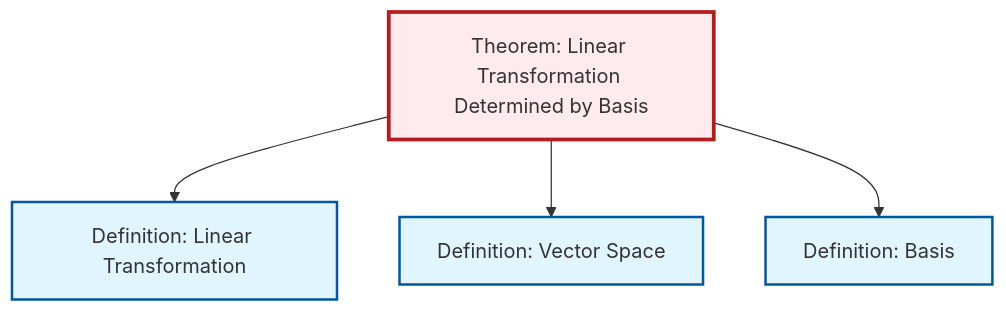
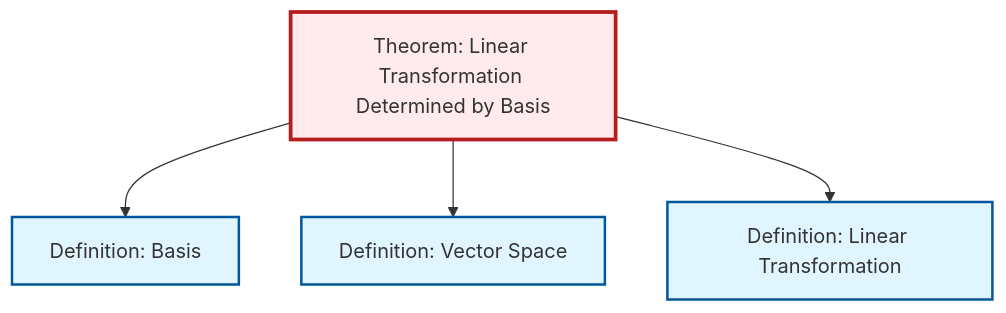
The diagram in content/ja/algebra/thm-linear-transformation-basis.qmd (RK0429/ModernMath), drawn with Mermaid before and after one commit. The commit also changed other lines of this file and 474 other files, not shown here.

````diff
--- a/content/ja/algebra/thm-linear-transformation-basis.qmd
+++ b/content/ja/algebra/thm-linear-transformation-basis.qmd
@@ -48,20 +48,20 @@
 ```{mermaid}
 %%| fig-cap: "Local dependency graph"
 graph TD
     classDef definition fill:#e1f5fe,stroke:#01579b,stroke-width:2px
     classDef theorem fill:#f3e5f5,stroke:#4a148c,stroke-width:2px
     classDef axiom fill:#fff3e0,stroke:#e65100,stroke-width:2px
     classDef example fill:#e8f5e9,stroke:#1b5e20,stroke-width:2px
     classDef current fill:#ffebee,stroke:#b71c1c,stroke-width:3px
     thm-linear-transformation-basis["Theorem: Linear Transformation Determined by Basis"]:::theorem
+    def-vector-space["Definition: Vector Space"]:::definition
     def-basis["Definition: Basis"]:::definition
-    def-vector-space["Definition: Vector Space"]:::definition
     def-linear-transformation["Definition: Linear Transformation"]:::definition
+    thm-linear-transformation-basis --> def-basis
+    thm-linear-transformation-basis --> def-vector-space
     thm-linear-transformation-basis --> def-linear-transformation
-    thm-linear-transformation-basis --> def-vector-space
-    thm-linear-transformation-basis --> def-basis
     class thm-linear-transformation-basis current
+    click def-vector-space "def-vector-space.html" "Definition: Vector Spaceへ"
     click def-basis "def-basis.html" "Definition: Basisへ"
-    click def-vector-space "def-vector-space.html" "Definition: Vector Spaceへ"
     click def-linear-transformation "def-linear-transformation.html" "Definition: Linear Transformationへ"
 ```
````
